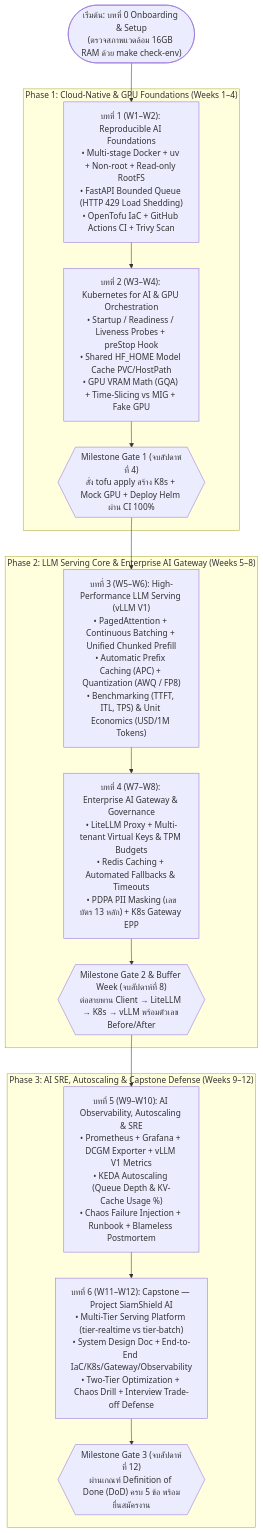
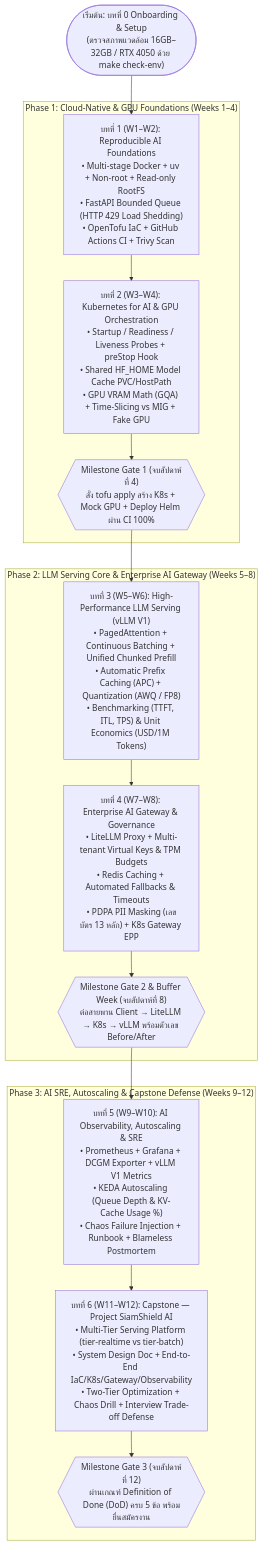
The first of 2 diagrams in README.md (Csriyod001/handbook), drawn with Mermaid before and after one commit. The commit also changed other lines of this file and 73 other files, not shown here.

````diff
--- a/README.md
+++ b/README.md
@@ -27,24 +30,24 @@
 ```mermaid
 flowchart TD
-    Start(["เริ่มต้น: บทที่ 0 Onboarding & Setup\n(ตรวจสภาพแวดล้อม 16GB RAM ด้วย make check-env)"])
+    Start(["เริ่มต้น: บทที่ 0 Onboarding & Setup\n(ตรวจสภาพแวดล้อม 16GB–32GB / RTX 4050 ด้วย make check-env)"])
 
     subgraph Phase1 ["Phase 1: Cloud-Native & GPU Foundations (Weeks 1–4)"]
         M1["บทที่ 1 (W1–W2): Reproducible AI Foundations\n• Multi-stage Docker + uv + Non-root + Read-only RootFS\n• FastAPI Bounded Queue (HTTP 429 Load Shedding)\n• OpenTofu IaC + GitHub Actions CI + Trivy Scan"]
         M2["บทที่ 2 (W3–W4): Kubernetes for AI & GPU Orchestration\n• Startup / Readiness / Liveness Probes + preStop Hook\n• Shared HF_HOME Model Cache PVC/HostPath\n• GPU VRAM Math (GQA) + Time-Slicing vs MIG + Fake GPU"]
         G1{{"Milestone Gate 1 (จบสัปดาห์ที่ 4)\nสั่ง tofu apply สร้าง K8s + Mock GPU + Deploy Helm ผ่าน CI 100%"}}
     end
 
     subgraph Phase2 ["Phase 2: LLM Serving Core & Enterprise AI Gateway (Weeks 5–8)"]
         M3["บทที่ 3 (W5–W6): High-Performance LLM Serving (vLLM V1)\n• PagedAttention + Continuous Batching + Unified Chunked Prefill\n• Automatic Prefix Caching (APC) + Quantization (AWQ / FP8)\n• Benchmarking (TTFT, ITL, TPS) & Unit Economics (USD/1M Tokens)"]
         M4["บทที่ 4 (W7–W8): Enterprise AI Gateway & Governance\n• LiteLLM Proxy + Multi-tenant Virtual Keys & TPM Budgets\n• Redis Caching + Automated Fallbacks & Timeouts\n• PDPA PII Masking (เลขบัตร 13 หลัก) + K8s Gateway EPP"]
         G2{{"Milestone Gate 2 & Buffer Week (จบสัปดาห์ที่ 8)\nต่อสายพาน Client → LiteLLM → K8s → vLLM พร้อมตัวเลข Before/After"}}
     end
 
     subgraph Phase3 ["Phase 3: AI SRE, Autoscaling & Capstone Defense (Weeks 9–12)"]
         M5["บทที่ 5 (W9–W10): AI Observability, Autoscaling & SRE\n• Prometheus + Grafana + DCGM Exporter + vLLM V1 Metrics\n• KEDA Autoscaling (Queue Depth & KV-Cache Usage %)\n• Chaos Failure Injection + Runbook + Blameless Postmortem"]
         M6["บทที่ 6 (W11–W12): Capstone — Project SiamShield AI\n• Multi-Tier Serving Platform (tier-realtime vs tier-batch)\n• System Design Doc + End-to-End IaC/K8s/Gateway/Observability\n• Two-Tier Optimization + Chaos Drill + Interview Trade-off Defense"]
         G3{{"Milestone Gate 3 (จบสัปดาห์ที่ 12)\nผ่านเกณฑ์ Definition of Done (DoD) ครบ 5 ข้อ พร้อมยื่นสมัครงาน"}}
     end
 
     Start --> M1 --> M2 --> G1 --> M3 --> M4 --> G2 --> M5 --> M6 --> G3
 ```
````
